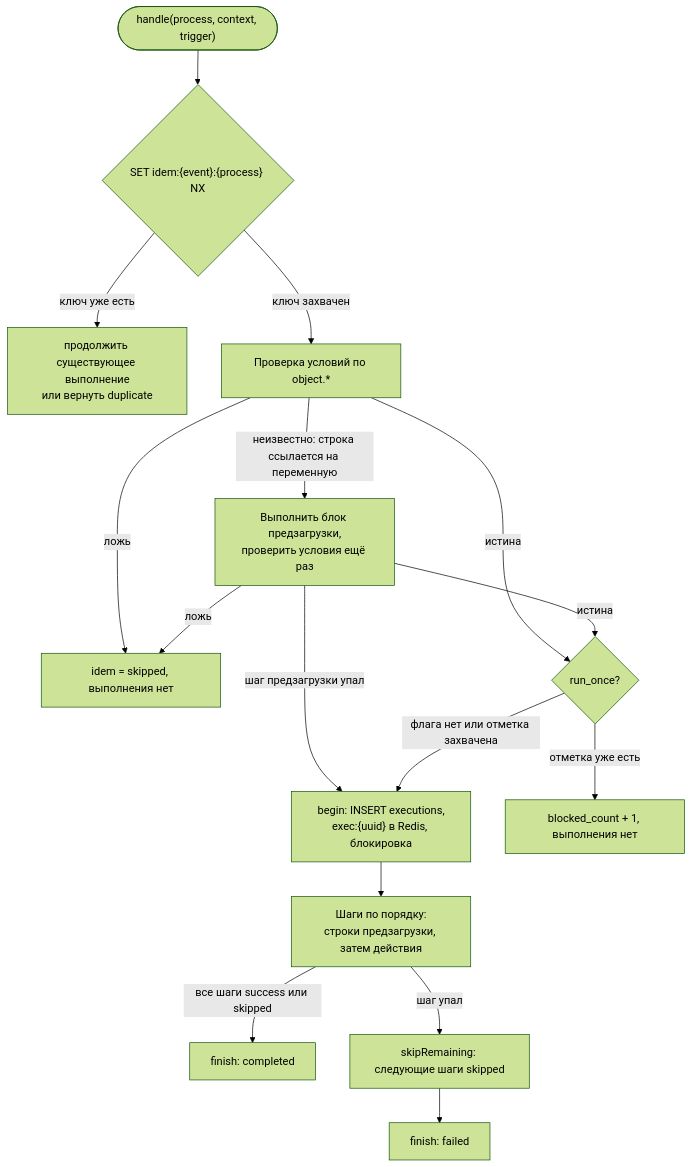
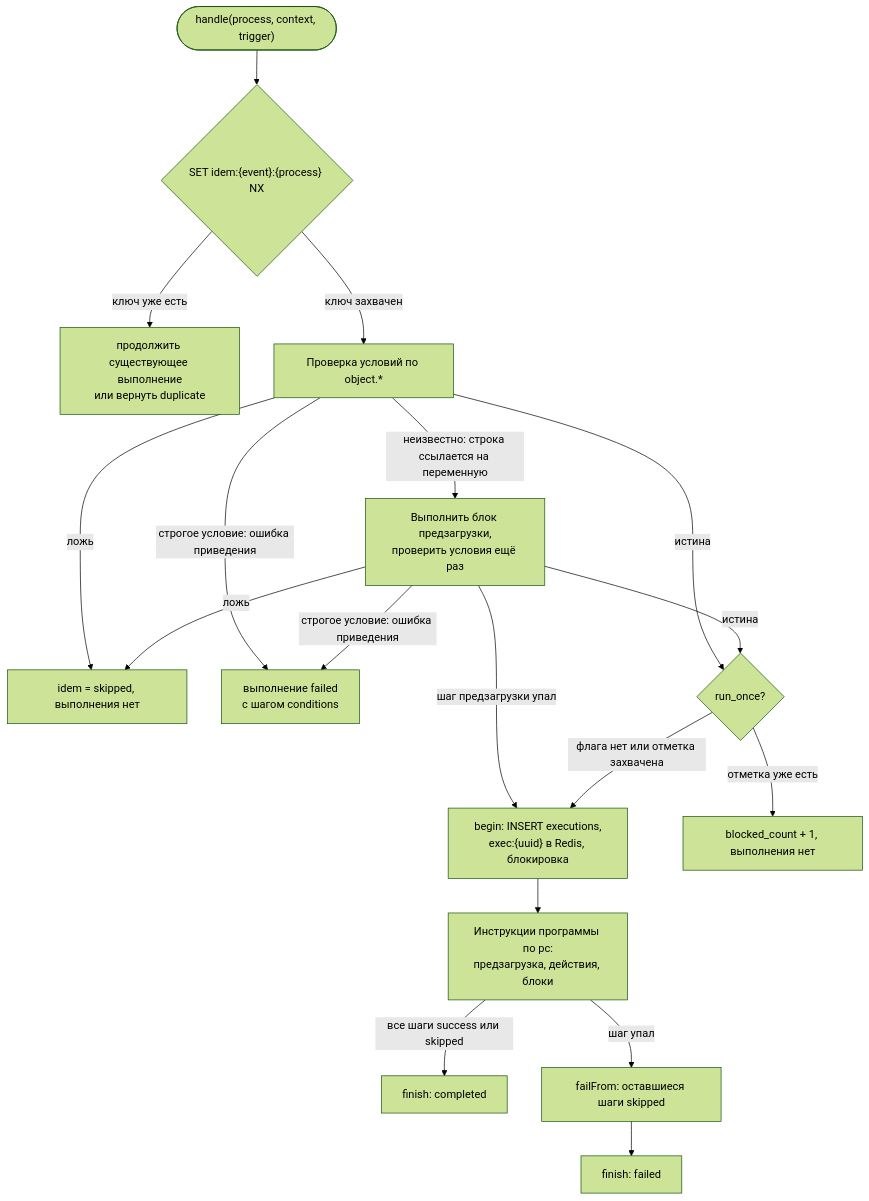
The first of 6 diagrams in doc/ru/05-architecture/execution-engine.md (madarch-labs/Workflow-Processing-Service), drawn with Mermaid (forest theme) before and after one commit. The commit also changed other lines of this file and 470 other files, not shown here.

````diff
--- a/doc/ru/05-architecture/execution-engine.md
+++ b/doc/ru/05-architecture/execution-engine.md
@@ -33,17 +65,19 @@
 ```mermaid
 flowchart TB
     start(["handle(process, context, trigger)"]) --> idem{"SET idem:{event}:{process} NX"}
     idem -- "ключ уже есть" --> dup["продолжить существующее выполнение<br/>или вернуть duplicate"]
     idem -- "ключ захвачен" --> cond["Проверка условий по object.*"]
     cond -- "неизвестно: строка ссылается на переменную" --> lazy["Выполнить блок предзагрузки,<br/>проверить условия ещё раз"]
     cond -- "ложь" --> skip["idem = skipped, выполнения нет"]
     lazy -- "ложь" --> skip
+    cond -- "строгое условие: ошибка приведения" --> castfail["выполнение failed<br/>с шагом conditions"]
+    lazy -- "строгое условие: ошибка приведения" --> castfail
     lazy -- "шаг предзагрузки упал" --> begin
     cond -- "истина" --> once
     lazy -- "истина" --> once{"run_once?"}
     once -- "отметка уже есть" --> blocked["blocked_count + 1, выполнения нет"]
     once -- "флага нет или отметка захвачена" --> begin["begin: INSERT executions,<br/>exec:{uuid} в Redis, блокировка"]
-    begin --> steps["Шаги по порядку:<br/>строки предзагрузки, затем действия"]
+    begin --> steps["Инструкции программы по pc:<br/>предзагрузка, действия, блоки"]
     steps -- "все шаги success или skipped" --> done["finish: completed"]
-    steps -- "шаг упал" --> rest["skipRemaining: следующие шаги skipped"] --> fail["finish: failed"]
+    steps -- "шаг упал" --> rest["failFrom: оставшиеся шаги skipped"] --> fail["finish: failed"]
 ```
````
